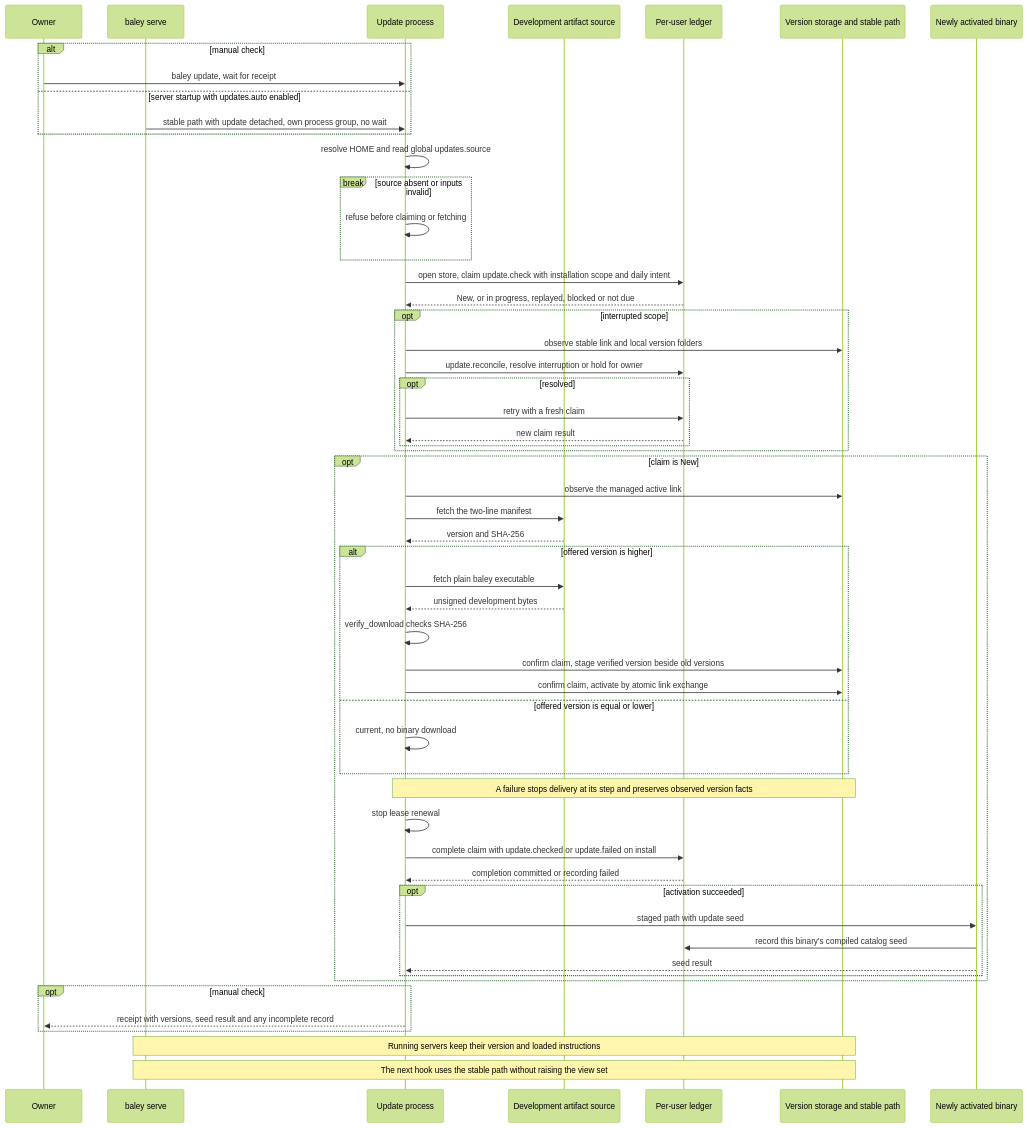
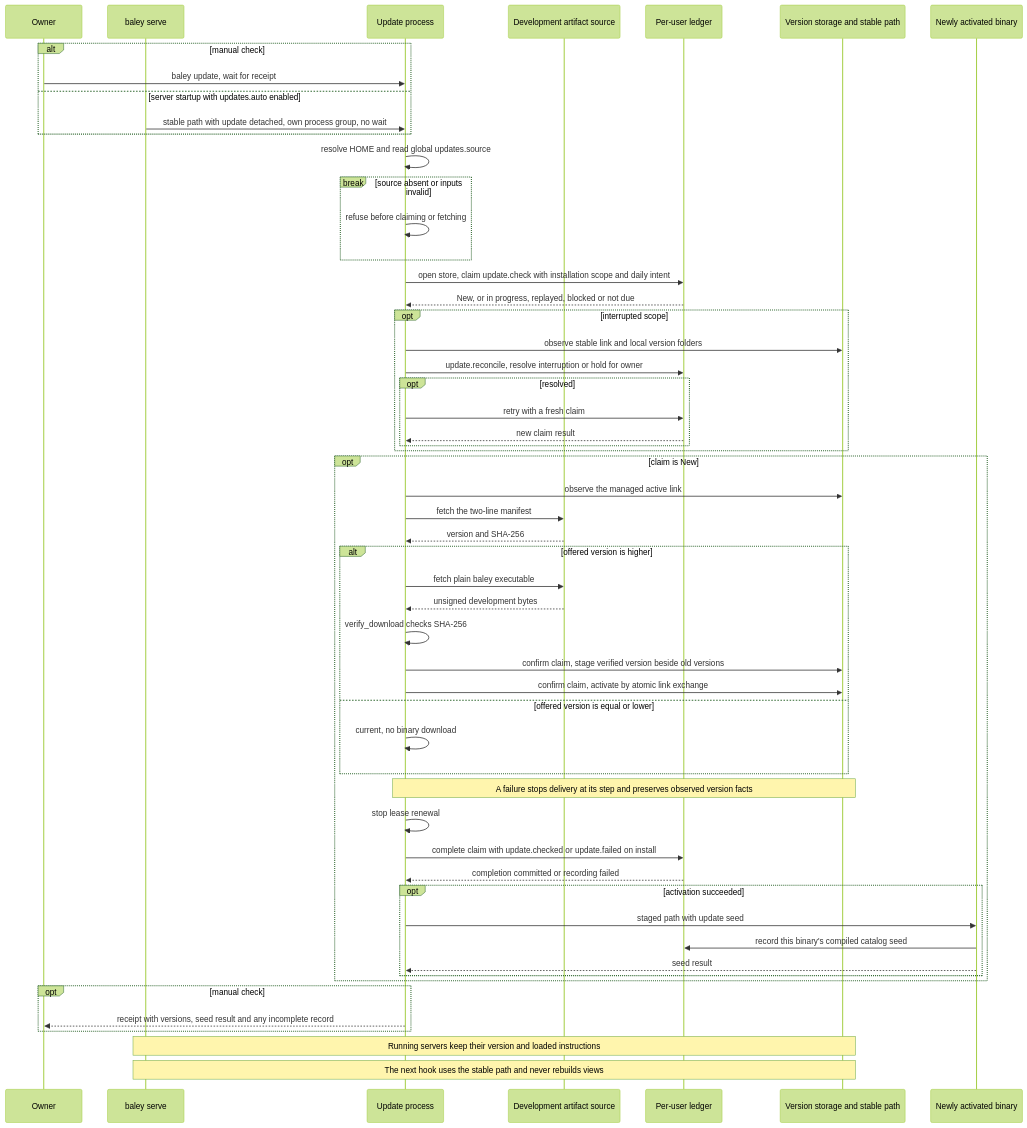
One commit to crenshawdev/baley changed the eighth of 8 diagrams in docs/design/0012-host-interface.md. Above: the diagram before and after it, drawn with Mermaid (forest theme). The commit also changed other lines of this file, not shown here.

````diff
--- a/docs/design/0012-host-interface.md
+++ b/docs/design/0012-host-interface.md
@@ -525,57 +597,57 @@
 ```mermaid
 sequenceDiagram
   participant O as Owner
   participant S as baley serve
   participant U as Update process
   participant R as Development artifact source
   participant L as Per-user ledger
   participant V as Version storage and stable path
   participant N as Newly activated binary
   alt manual check
     O->>U: baley update, wait for receipt
   else server startup with updates.auto enabled
     S->>U: stable path with update detached, own process group, no wait
   end
   U->>U: resolve HOME and read global updates.source
   break source absent or inputs invalid
     U->>U: refuse before claiming or fetching
   end
   U->>L: open store, claim update.check with installation scope and daily intent
   L-->>U: New, or in progress, replayed, blocked or not due
   opt interrupted scope
     U->>V: observe stable link and local version folders
     U->>L: update.reconcile, resolve interruption or hold for owner
     opt resolved
       U->>L: retry with a fresh claim
       L-->>U: new claim result
     end
   end
   opt claim is New
     U->>V: observe the managed active link
     U->>R: fetch the two-line manifest
     R-->>U: version and SHA-256
     alt offered version is higher
       U->>R: fetch plain baley executable
       R-->>U: unsigned development bytes
       U->>U: verify_download checks SHA-256
       U->>V: confirm claim, stage verified version beside old versions
       U->>V: confirm claim, activate by atomic link exchange
     else offered version is equal or lower
       U->>U: current, no binary download
     end
     Note over U,V: A failure stops delivery at its step and preserves observed version facts
     U->>U: stop lease renewal
     U->>L: complete claim with update.checked or update.failed on install
     L-->>U: completion committed or recording failed
     opt activation succeeded
       U->>N: staged path with update seed
       N->>L: record this binary's compiled catalog seed
       N-->>U: seed result
     end
   end
   opt manual check
     U-->>O: receipt with versions, seed result and any incomplete record
   end
   Note over S,V: Running servers keep their version and loaded instructions
-  Note over S,V: The next hook uses the stable path without raising the view set
+  Note over S,V: The next hook uses the stable path and never rebuilds views
 ```
````
